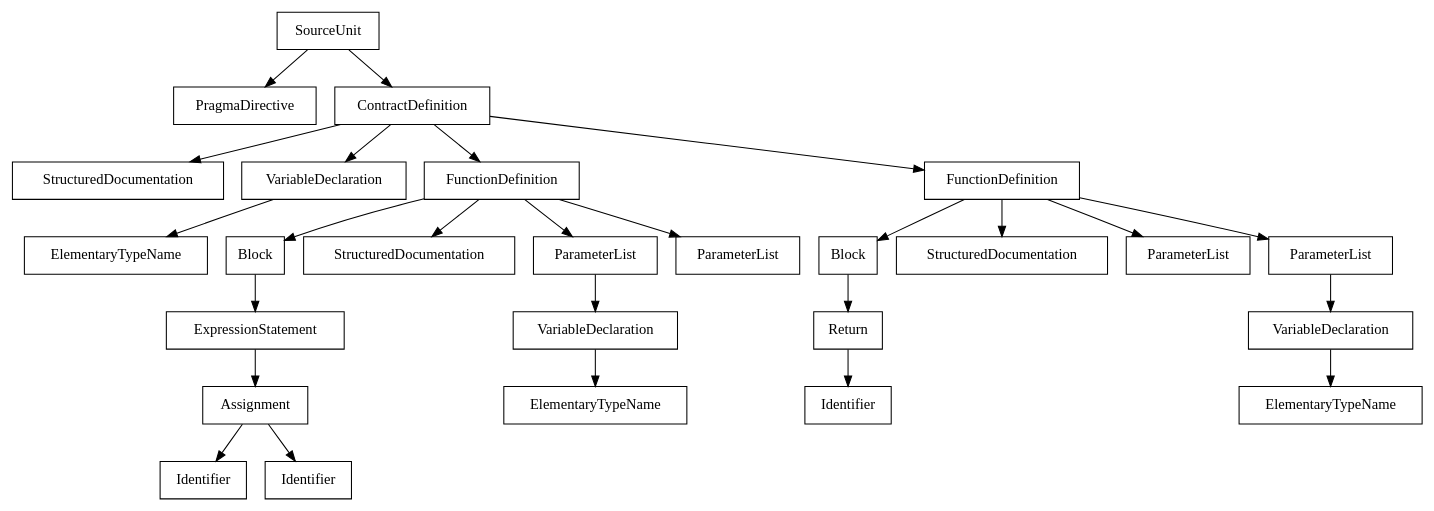
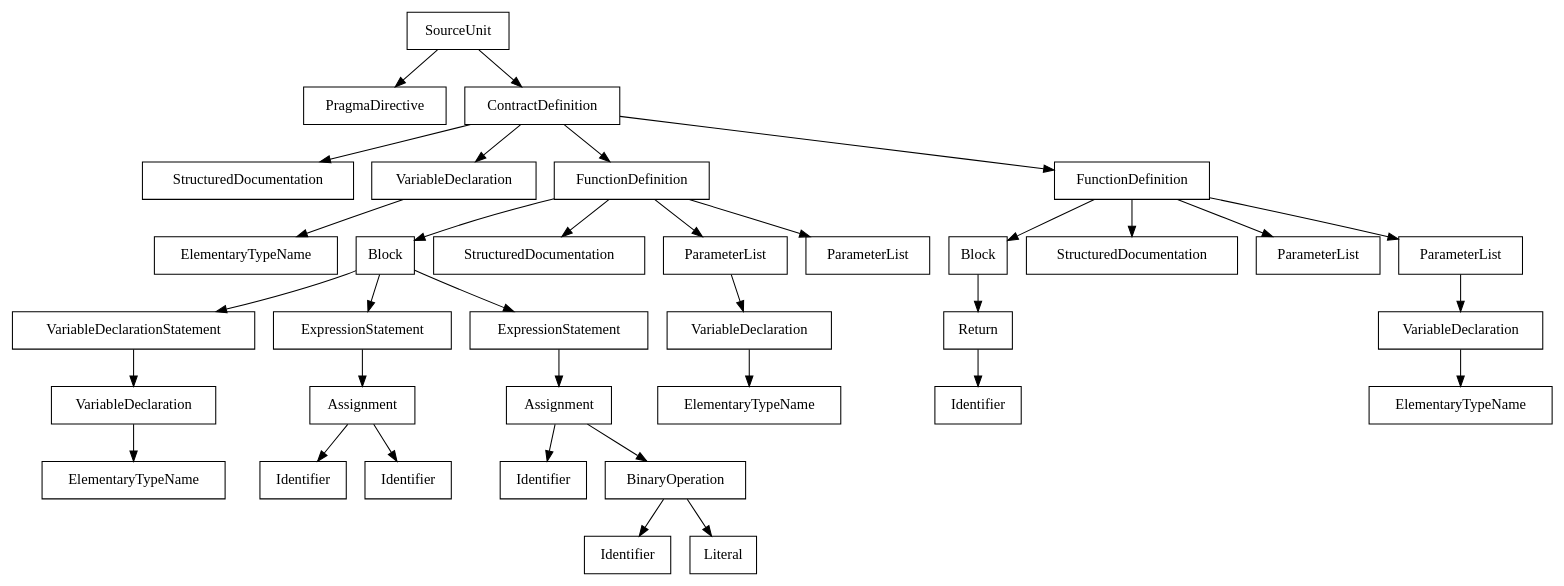
The diagram in bin/AST.dot (Yowen397/modeler), drawn with Graphviz before and after one commit. The commit also changed 6 other files, not shown here.

```diff
--- a/bin/AST.dot
+++ b/bin/AST.dot
@@ -1,54 +1,72 @@
 digraph G{
 node[shape=box]
-94477220447272[label="SourceUnit"]
-94477220447000[label="PragmaDirective"]
-94477220447272->94477220447000
-94477220447016[label="ContractDefinition"]
-94477220447272->94477220447016
-94477220446632[label="StructuredDocumentation"]
-94477220447016->94477220446632
-94477220446408[label="VariableDeclaration"]
-94477220447016->94477220446408
-94477220440208[label="ElementaryTypeName"]
-94477220446408->94477220440208
-94477220446424[label="FunctionDefinition"]
-94477220447016->94477220446424
-94477220443216[label="Block"]
-94477220446424->94477220443216
-94477220441632[label="ExpressionStatement"]
-94477220443216->94477220441632
-94477220441520[label="Assignment"]
-94477220441632->94477220441520
-94477220441304[label="Identifier"]
-94477220441520->94477220441304
-94477220441400[label="Identifier"]
-94477220441520->94477220441400
-94477220443248[label="StructuredDocumentation"]
-94477220446424->94477220443248
-94477220443536[label="ParameterList"]
-94477220446424->94477220443536
-94477220442888[label="VariableDeclaration"]
-94477220443536->94477220442888
-94477220442840[label="ElementaryTypeName"]
-94477220442888->94477220442840
-94477220443568[label="ParameterList"]
-94477220446424->94477220443568
-94477220446440[label="FunctionDefinition"]
-94477220447016->94477220446440
-94477220445880[label="Block"]
-94477220446440->94477220445880
-94477220444312[label="Return"]
-94477220445880->94477220444312
-94477220444168[label="Identifier"]
-94477220444312->94477220444168
-94477220445912[label="StructuredDocumentation"]
-94477220446440->94477220445912
-94477220446200[label="ParameterList"]
-94477220446440->94477220446200
-94477220446232[label="ParameterList"]
-94477220446440->94477220446232
-94477220445704[label="VariableDeclaration"]
-94477220446232->94477220445704
-94477220445656[label="ElementaryTypeName"]
-94477220445704->94477220445656
+94139065152064[label="SourceUnit"]
+94139065151792[label="PragmaDirective"]
+94139065152064->94139065151792
+94139065151808[label="ContractDefinition"]
+94139065152064->94139065151808
+94139065151424[label="StructuredDocumentation"]
+94139065151808->94139065151424
+94139065151200[label="VariableDeclaration"]
+94139065151808->94139065151200
+94139065141392[label="ElementaryTypeName"]
+94139065151200->94139065141392
+94139065151216[label="FunctionDefinition"]
+94139065151808->94139065151216
+94139065148008[label="Block"]
+94139065151216->94139065148008
+94139065146392[label="VariableDeclarationStatement"]
+94139065148008->94139065146392
+94139065142304[label="VariableDeclaration"]
+94139065146392->94139065142304
+94139065142256[label="ElementaryTypeName"]
+94139065142304->94139065142256
+94139065146408[label="ExpressionStatement"]
+94139065148008->94139065146408
+94139065143776[label="Assignment"]
+94139065146408->94139065143776
+94139065143560[label="Identifier"]
+94139065143776->94139065143560
+94139065143656[label="Identifier"]
+94139065143776->94139065143656
+94139065146424[label="ExpressionStatement"]
+94139065148008->94139065146424
+94139065146280[label="Assignment"]
+94139065146424->94139065146280
+94139065146064[label="Identifier"]
+94139065146280->94139065146064
+94139065146160[label="BinaryOperation"]
+94139065146280->94139065146160
+94139065145608[label="Identifier"]
+94139065146160->94139065145608
+94139065145704[label="Literal"]
+94139065146160->94139065145704
+94139065148040[label="StructuredDocumentation"]
+94139065151216->94139065148040
+94139065148328[label="ParameterList"]
+94139065151216->94139065148328
+94139065147680[label="VariableDeclaration"]
+94139065148328->94139065147680
+94139065147632[label="ElementaryTypeName"]
+94139065147680->94139065147632
+94139065148360[label="ParameterList"]
+94139065151216->94139065148360
+94139065151232[label="FunctionDefinition"]
+94139065151808->94139065151232
+94139065150672[label="Block"]
+94139065151232->94139065150672
+94139065149104[label="Return"]
+94139065150672->94139065149104
+94139065148960[label="Identifier"]
+94139065149104->94139065148960
+94139065150704[label="StructuredDocumentation"]
+94139065151232->94139065150704
+94139065150992[label="ParameterList"]
+94139065151232->94139065150992
+94139065151024[label="ParameterList"]
+94139065151232->94139065151024
+94139065150496[label="VariableDeclaration"]
+94139065151024->94139065150496
+94139065150448[label="ElementaryTypeName"]
+94139065150496->94139065150448
 }
```
